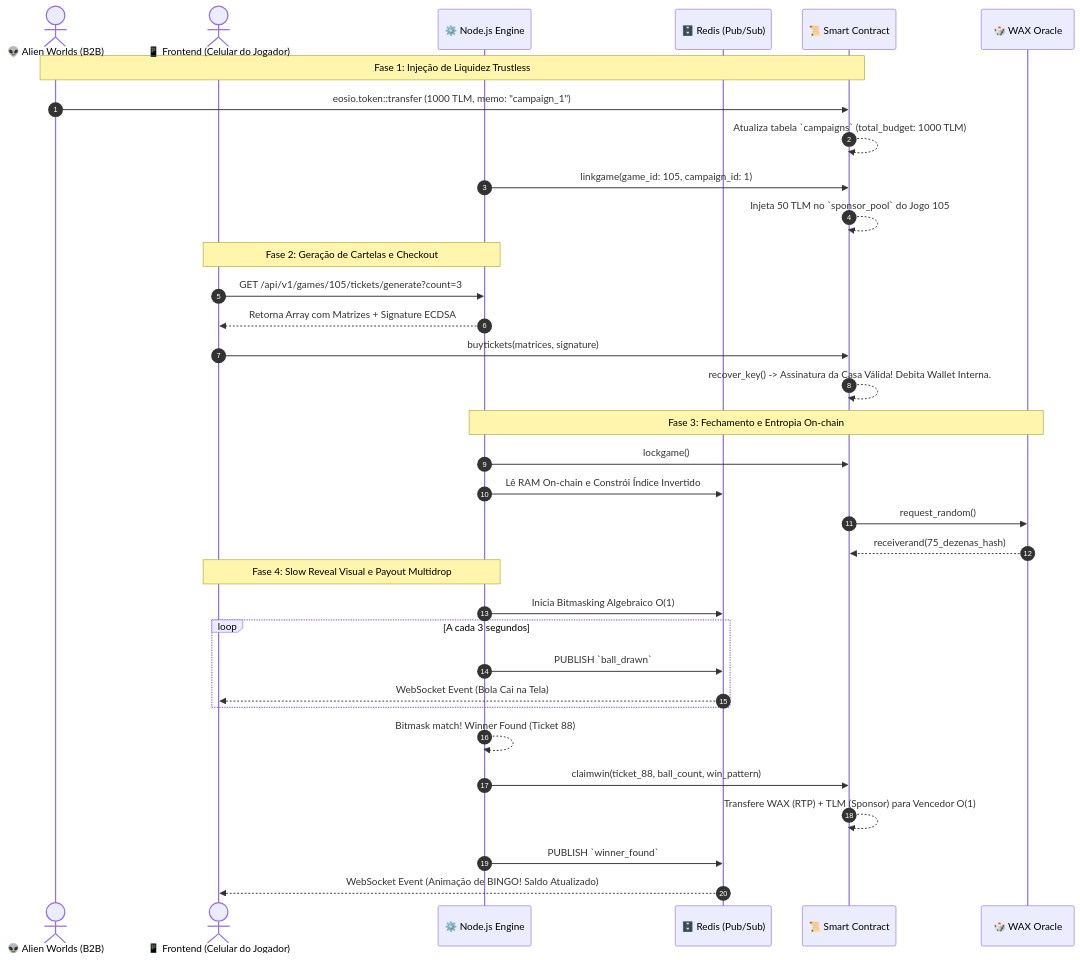
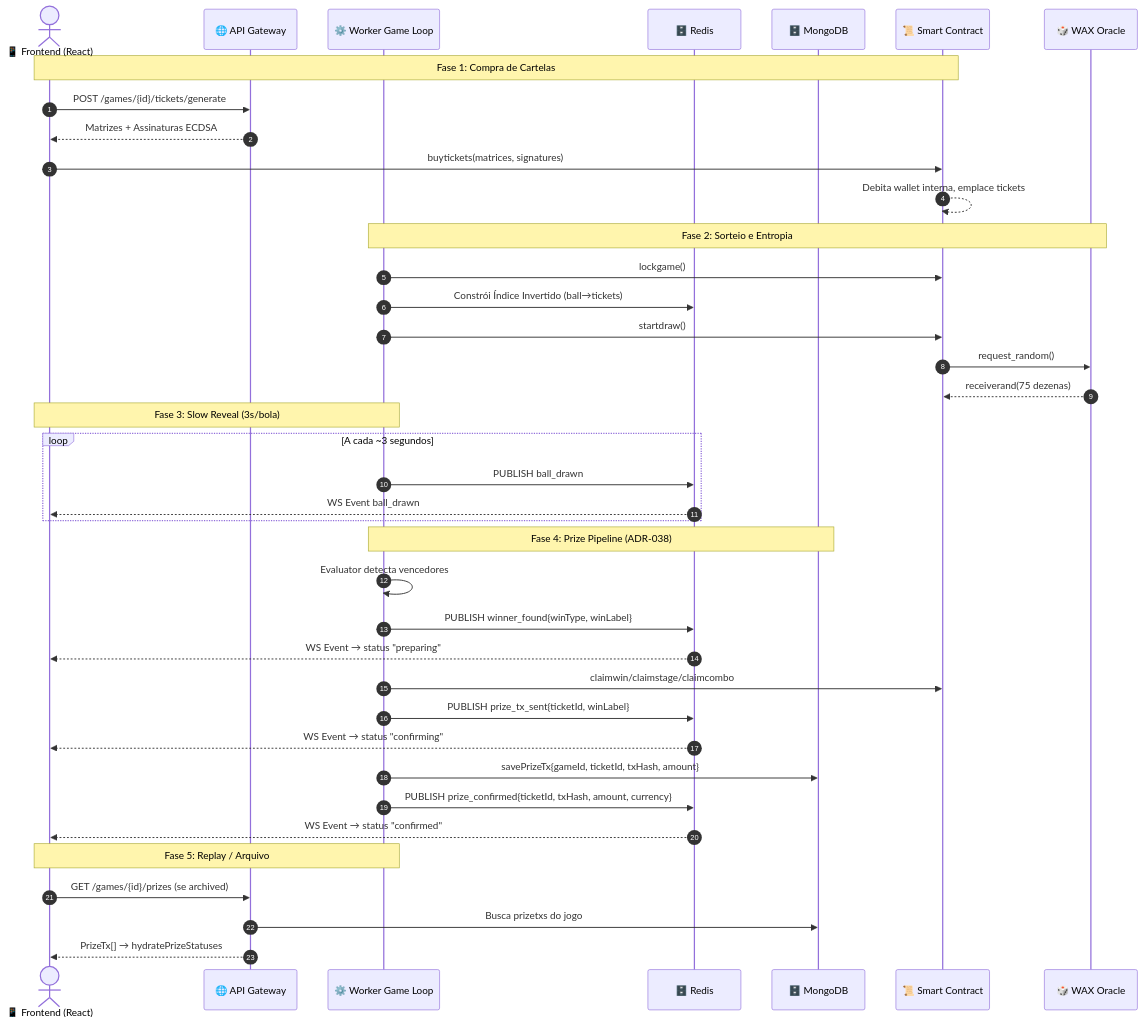
One commit to iurineumann/cryptobingo changed the third of 3 diagrams in docs/architecture.md. Above: the diagram before and after it, drawn with Mermaid. The commit also changed other lines of this file and 34 other files, not shown here.

First line of the commit message:
docs(ADR-038): prize pipeline — persistência, WS eventos, API, seções cartela

````diff
--- a/docs/architecture.md
+++ b/docs/architecture.md
@@ -108,45 +99,48 @@
 ```mermaid
 sequenceDiagram
     autonumber
-    actor Sponsor as 👽 Alien Worlds (B2B)
-    actor Player as 📱 Frontend (Celular do Jogador)
-    participant Backend as ⚙️ Node.js Engine
-    participant Redis as 🗄️ Redis (Pub/Sub)
+    actor Player as 📱 Frontend (React)
+    participant APIGateway as 🌐 API Gateway
+    participant Worker as ⚙️ Worker Game Loop
+    participant Redis as 🗄️ Redis
+    participant Mongo as 🗄️ MongoDB
     participant Contract as 📜 Smart Contract
     participant Oracle as 🎲 WAX Oracle
 
-    %% Setup do Patrocínio
-    Note over Sponsor, Contract: Fase 1: Injeção de Liquidez Trustless
-    Sponsor->>Contract: eosio.token::transfer (1000 TLM, memo: "campaign_1")
-    Contract-->>Contract: Atualiza tabela `campaigns` (total_budget: 1000 TLM)
-    Backend->>Contract: linkgame(game_id: 105, campaign_id: 1)
-    Contract-->>Contract: Injeta 50 TLM no `sponsor_pool` do Jogo 105
+    Note over Player, Contract: Fase 1: Compra de Cartelas
+    Player->>APIGateway: POST /games/{id}/tickets/generate
+    APIGateway-->>Player: Matrizes + Assinaturas ECDSA
+    Player->>Contract: buytickets(matrices, signatures)
+    Contract-->>Contract: Debita wallet interna, emplace tickets
 
-    %% Compra de Cartelas
-    Note over Player, Backend: Fase 2: Geração de Cartelas e Checkout
-    Player->>Backend: GET /api/v1/games/105/tickets/generate?count=3
-    Backend-->>Player: Retorna Array com Matrizes + Signature ECDSA
-    Player->>Contract: buytickets(matrices, signature)
-    Contract-->>Contract: recover_key() -> Assinatura da Casa Válida! Debita Wallet Interna.
+    Note over Worker, Oracle: Fase 2: Sorteio e Entropia
+    Worker->>Contract: lockgame()
+    Worker->>Redis: Constrói Índice Invertido (ball→tickets)
+    Worker->>Contract: startdraw()
+    Contract->>Oracle: request_random()
+    Oracle-->>Contract: receiverand(75 dezenas)
 
-    %% Sorteio e Resolução O(1)
-    Note over Backend, Oracle: Fase 3: Fechamento e Entropia On-chain
-    Backend->>Contract: lockgame()
-    Backend->>Redis: Lê RAM On-chain e Constrói Índice Invertido
-    Contract->>Oracle: request_random()
-    Oracle-->>Contract: receiverand(75_dezenas_hash)
-    
-    %% O Slow Reveal e Payout
-    Note over Player, Backend: Fase 4: Slow Reveal Visual e Payout Multidrop
-    Backend->>Redis: Inicia Bitmasking Algebraico O(1)
-    loop A cada 3 segundos
-        Backend->>Redis: PUBLISH `ball_drawn`
-        Redis-->>Player: WebSocket Event (Bola Cai na Tela)
+    Note over Player, Worker: Fase 3: Slow Reveal (3s/bola)
+    loop A cada ~3 segundos
+        Worker->>Redis: PUBLISH ball_drawn
+        Redis-->>Player: WS Event ball_drawn
     end
-    Backend-->>Backend: Bitmask match! Winner Found (Ticket 88)
-    Backend->>Contract: claimwin(ticket_88, ball_count, win_pattern)
-    Contract-->>Contract: Transfere WAX (RTP) + TLM (Sponsor) para Vencedor O(1)
-    Backend->>Redis: PUBLISH `winner_found`
-    Redis-->>Player: WebSocket Event (Animação de BINGO! Saldo Atualizado)
 
+    Note over Worker, Mongo: Fase 4: Prize Pipeline (ADR-038)
+    Worker->>Worker: Evaluator detecta vencedores
+    Worker->>Redis: PUBLISH winner_found{winType, winLabel}
+    Redis-->>Player: WS Event → status "preparing"
+
+    Worker->>Contract: claimwin/claimstage/claimcombo
+    Worker->>Redis: PUBLISH prize_tx_sent{ticketId, winLabel}
+    Redis-->>Player: WS Event → status "confirming"
+
+    Worker->>Mongo: savePrizeTx{gameId, ticketId, txHash, amount}
+    Worker->>Redis: PUBLISH prize_confirmed{ticketId, txHash, amount, currency}
+    Redis-->>Player: WS Event → status "confirmed"
+
+    Note over Player, Worker: Fase 5: Replay / Arquivo
+    Player->>APIGateway: GET /games/{id}/prizes (se archived)
+    APIGateway->>Mongo: Busca prizetxs do jogo
+    APIGateway-->>Player: PrizeTx[] → hydratePrizeStatuses
 ```
````
